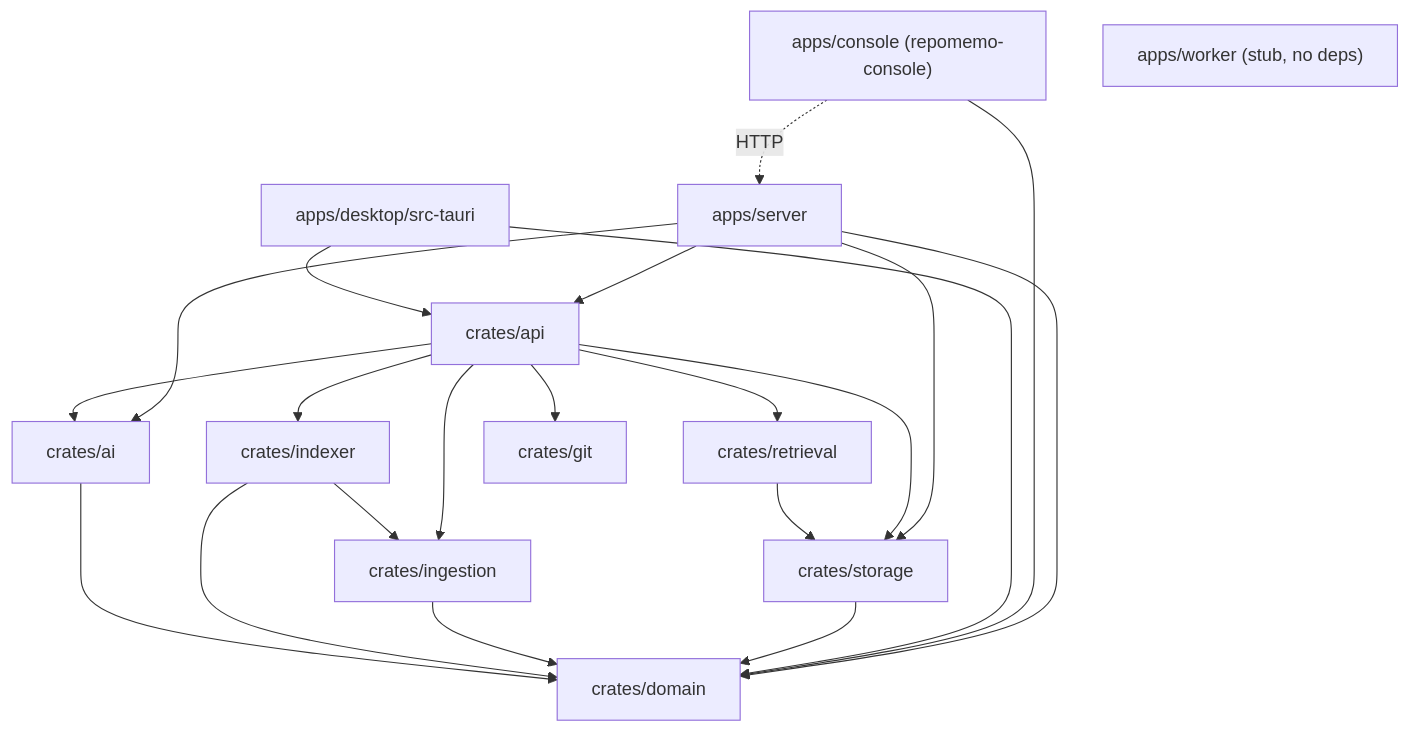
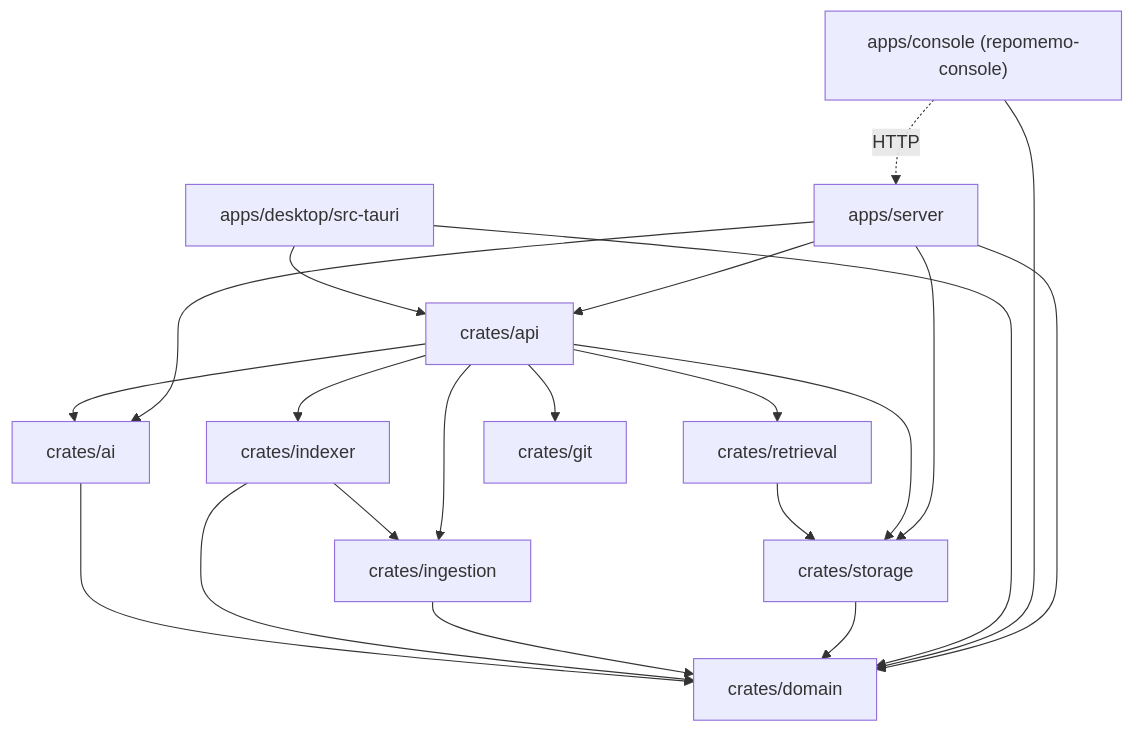
Before and after one commit to winksen/RepoMemo: the third of 6 diagrams in mindmap/TECHNICAL_MINDMAP.md, drawn with Mermaid. The commit also changed other lines of this file and 100 other files, not shown here.

````diff
--- a/mindmap/TECHNICAL_MINDMAP.md
+++ b/mindmap/TECHNICAL_MINDMAP.md
@@ -101,24 +101,23 @@
 ```mermaid
 flowchart TD
   server[apps/server] --> api[crates/api]
   server --> storage
   server --> domain
   server --> ai
   console["apps/console (repomemo-console)"] --> domain
   console -. "HTTP" .-> server
   tauri[apps/desktop/src-tauri] --> api
   tauri --> domain
-  worker["apps/worker (stub, no deps)"]
   api --> ai[crates/ai]
   api --> ingestion[crates/ingestion]
   api --> indexer[crates/indexer]
   api --> retrieval[crates/retrieval]
   api --> storage[crates/storage]
   api --> git[crates/git]
   indexer --> ingestion
   retrieval --> storage
   storage --> domain[crates/domain]
   ingestion --> domain
   indexer --> domain
   ai --> domain
 ```
````
